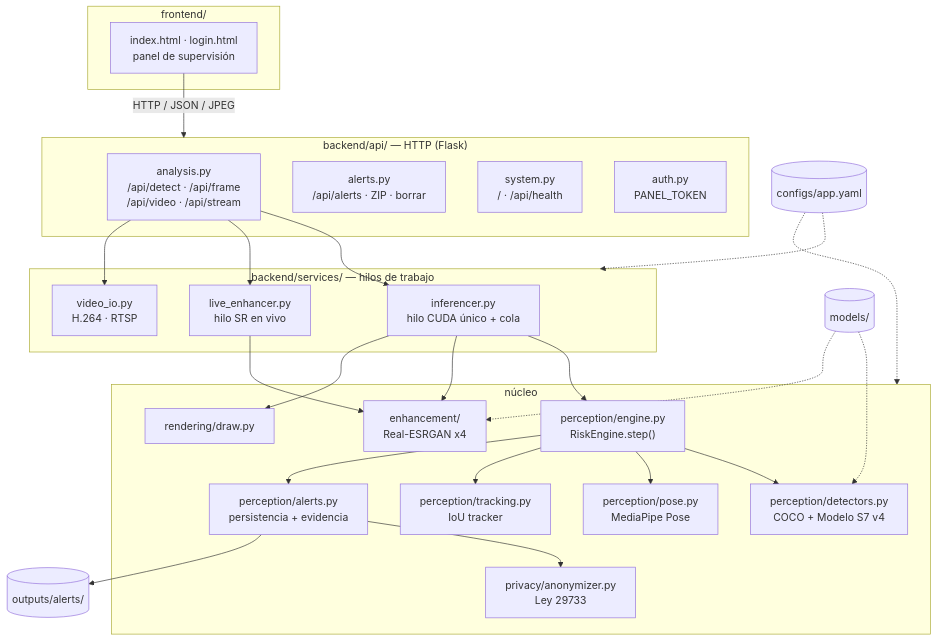
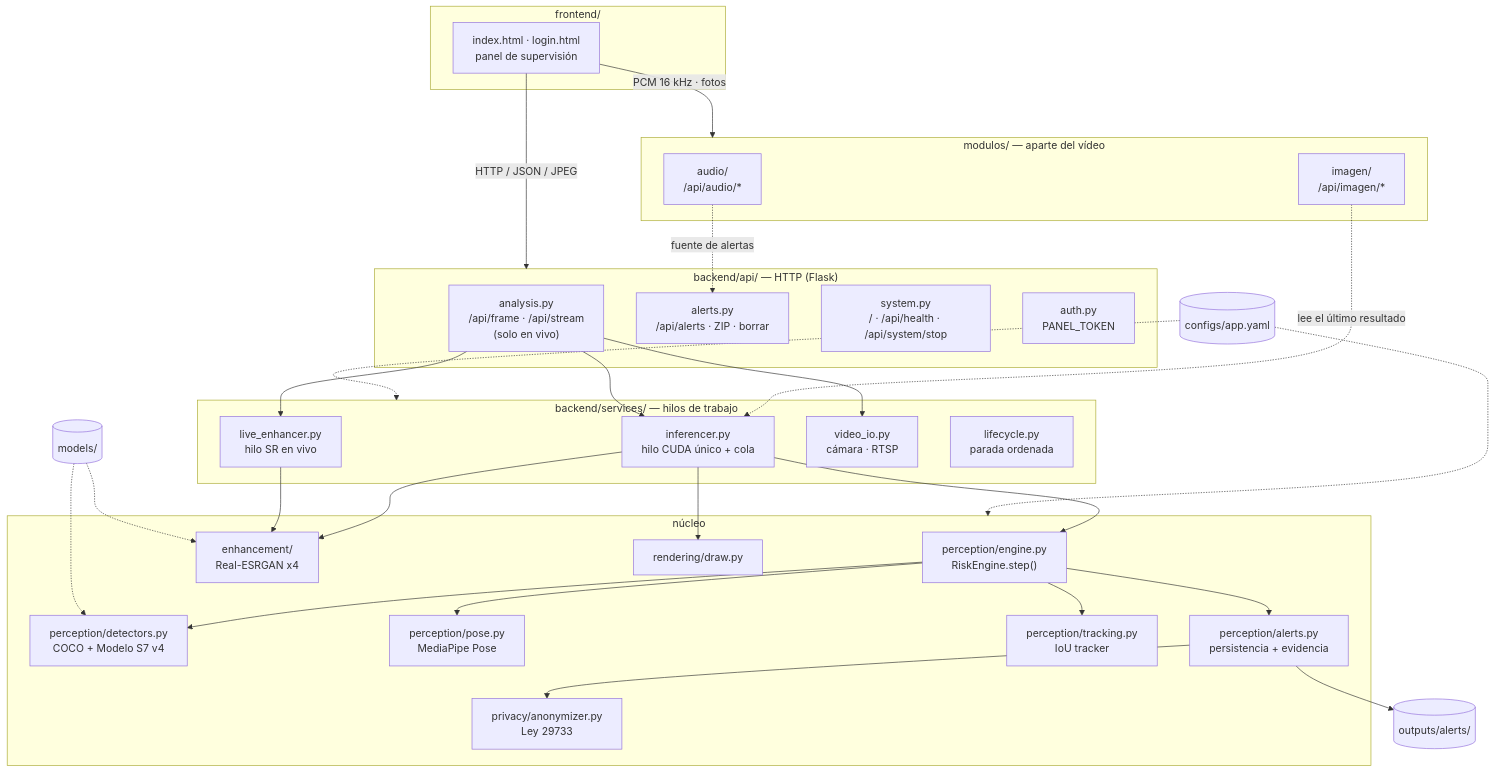
Before and after one commit to AndyHHR1/Video-G-G: the first of 2 diagrams in README.md, drawn with Mermaid. The commit also changed other lines of this file and 106 other files, not shown here.

````diff
--- a/README.md
+++ b/README.md
@@ -192,40 +230,48 @@
 ```mermaid
 flowchart TB
     subgraph FE["frontend/"]
         UI["index.html · login.html<br/>panel de supervisión"]
     end
     subgraph API["backend/api/  — HTTP (Flask)"]
-        AN["analysis.py<br/>/api/detect · /api/frame<br/>/api/video · /api/stream"]
+        AN["analysis.py<br/>/api/frame · /api/stream<br/>(solo en vivo)"]
         AL["alerts.py<br/>/api/alerts · ZIP · borrar"]
-        SY["system.py<br/>/ · /api/health"]
+        SY["system.py<br/>/ · /api/health · /api/system/stop"]
         AU["auth.py<br/>PANEL_TOKEN"]
     end
     subgraph SV["backend/services/  — hilos de trabajo"]
         INF["inferencer.py<br/>hilo CUDA único + cola"]
         LE["live_enhancer.py<br/>hilo SR en vivo"]
-        VIO["video_io.py<br/>H.264 · RTSP"]
+        VIO["video_io.py<br/>cámara · RTSP"]
+        LC["lifecycle.py<br/>parada ordenada"]
+    end
+    subgraph MODS["modulos/  — aparte del vídeo"]
+        AUD["audio/<br/>/api/audio/*"]
+        IMG["imagen/<br/>/api/imagen/*"]
     end
     subgraph CORE["núcleo"]
         ENG["perception/engine.py<br/>RiskEngine.step()"]
         DET["perception/detectors.py<br/>COCO + Modelo S7 v4"]
         POSE["perception/pose.py<br/>MediaPipe Pose"]
         TRK["perception/tracking.py<br/>IoU tracker"]
         ALM["perception/alerts.py<br/>persistencia + evidencia"]
         SR["enhancement/<br/>Real-ESRGAN x4"]
         PRV["privacy/anonymizer.py<br/>Ley 29733"]
         RND["rendering/draw.py"]
     end
     CFG[("configs/app.yaml")]
     MOD[("models/")]
     OUT[("outputs/alerts/")]
 
     UI -- "HTTP / JSON / JPEG" --> API
+    UI -- "PCM 16 kHz · fotos" --> MODS
+    AUD -. "fuente de alertas" .-> AL
+    IMG -. "lee el último resultado" .-> INF
     AN --> INF & LE & VIO
     INF --> ENG & SR & RND
     LE --> SR
     ENG --> DET & POSE & TRK & ALM
     ALM --> PRV
     ALM --> OUT
     CFG -.-> SV & CORE
     MOD -.-> DET & SR
 ```
````
